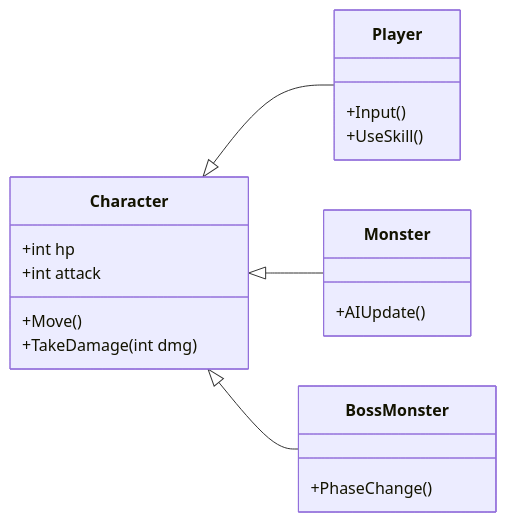
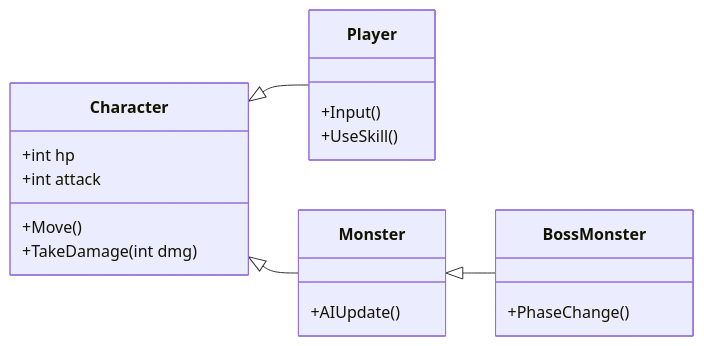
Before and after one commit to WhiteCom/WhiteCom.github.io: the diagram in _posts/2026-03-22-test-class-diagram.md, drawn with Mermaid.

Commit message:
수정

````diff
--- a/_posts/2026-03-22-test-class-diagram.md
+++ b/_posts/2026-03-22-test-class-diagram.md
@@ -17,28 +17,28 @@
 ```mermaid
 classDiagram
     direction LR
 
     class Character{
         +int hp
         +int attack
         +Move()
         +TakeDamage(int dmg)
     }
 
     class Player{
         +Input()
         +UseSkill()
     }
 
     class Monster{
         +AIUpdate()
     }
 
     class BossMonster{
         +PhaseChange()
     }
 
     Character <|-- Player
     Character <|-- Monster
-    Character <|-- BossMonster
+    Monster <|-- BossMonster
 ```
````
